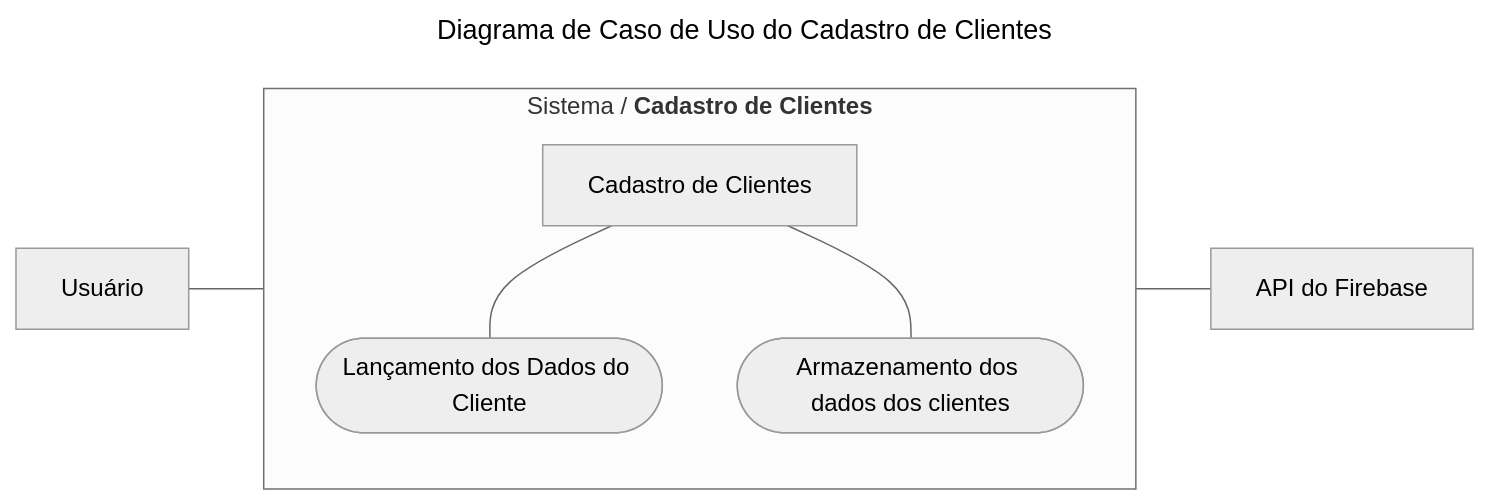
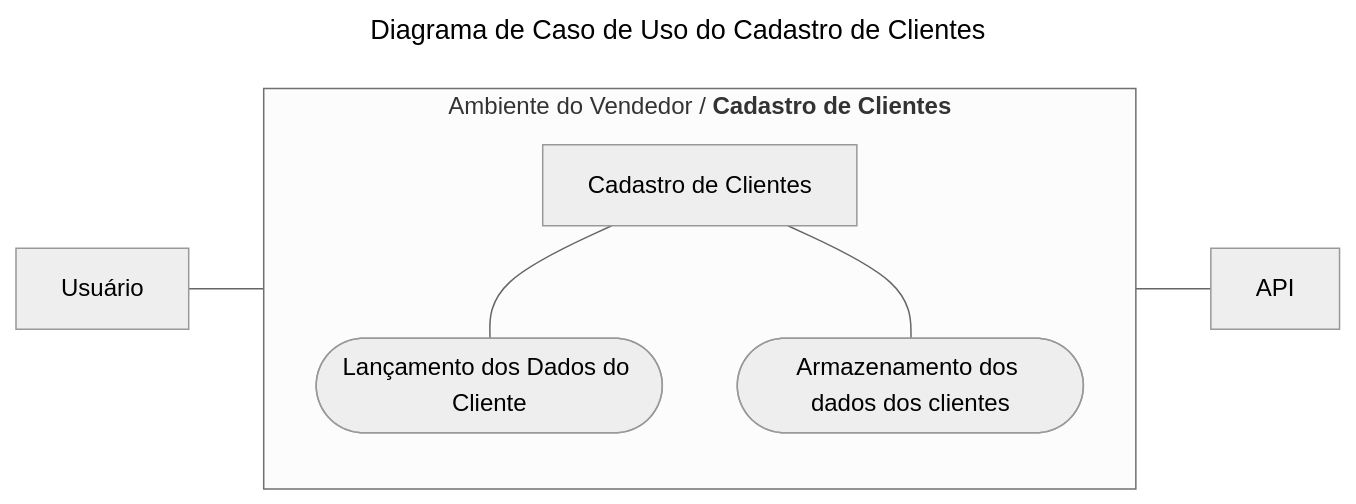
Before and after one commit to h4mn/fatec_tarefas: the third of 24 diagrams in engenharia/diagrams.md, drawn with Mermaid (neutral theme). The commit also changed other lines of this file and 2 other files, not shown here.

````diff
--- a/engenharia/diagrams.md
+++ b/engenharia/diagrams.md
@@ -80,13 +80,13 @@
 ```mermaid
 ---
 title: Diagrama de Caso de Uso do Cadastro de Clientes
 ---
 graph LR
     A[Usuário] --- B[Cadastro de Clientes]
-    subgraph "`Sistema / **Cadastro de Clientes**`"
+    subgraph "`Ambiente do Vendedor / **Cadastro de Clientes**`"
         direction TB
         B --- C([Lançamento dos Dados do Cliente])
         B --- D([Armazenamento dos dados dos clientes])
     end
-    D --- F[API do Firebase]
+    D --- F[API]
 ```
````
